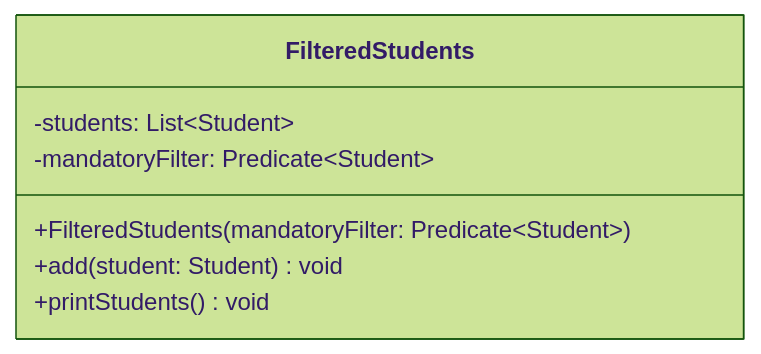
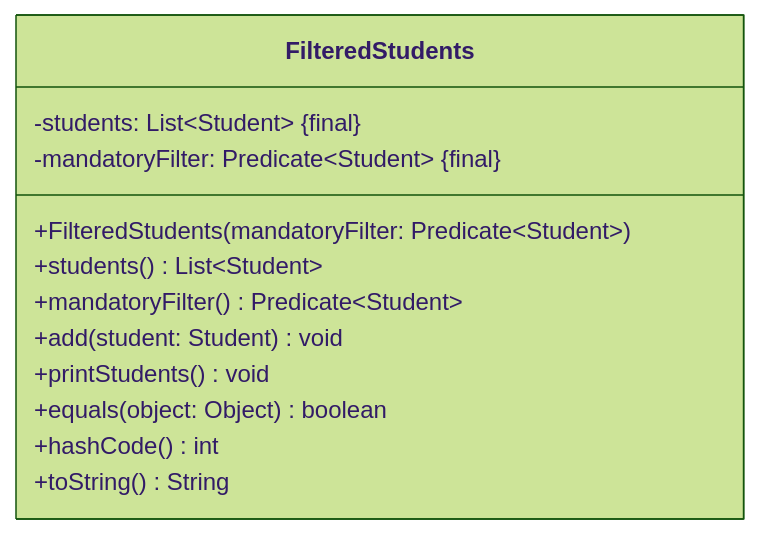
One commit to jappuccini/java-docs changed the diagram in docs/exercises/lambdas/lambdas02.mdx. Above: the diagram before and after it, drawn with Mermaid (forest theme). The commit also changed 39 other files, not shown here.

````diff
--- a/docs/exercises/lambdas/lambdas02.mdx
+++ b/docs/exercises/lambdas/lambdas02.mdx
@@ -27,10 +27,15 @@
 ```mermaid
 classDiagram
     class FilteredStudents {
-        -students: List~Student~
-        -mandatoryFilter: Predicate~Student~
+        -students: List~Student~ &#123final&#125
+        -mandatoryFilter: Predicate~Student~ &#123final&#125
         +FilteredStudents(mandatoryFilter: Predicate~Student~)
+        +students() List~Student~
+        +mandatoryFilter() Predicate~Student~
         +add(student: Student) void
         +printStudents() void
+        +equals(object: Object) boolean
+        +hashCode() int
+        +toString() String
     }
 ```
````
